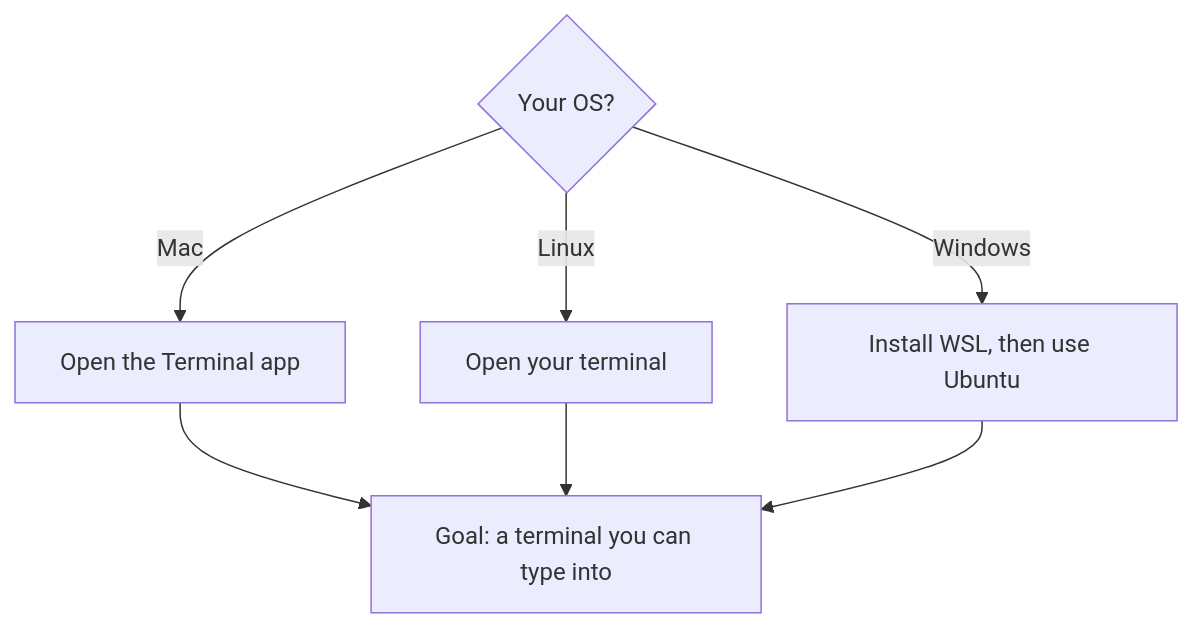
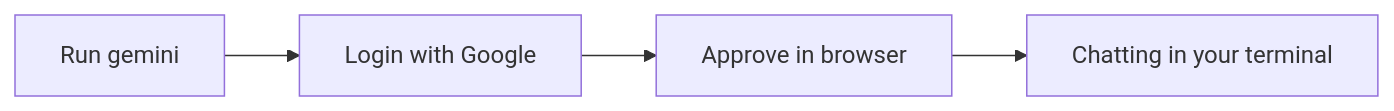
Before and after one commit to KakkoiDev/izumo-io: the diagram in content/ai/a02.md, drawn with Mermaid. The commit also changed other lines of this file and 256 other files, not shown here.

First line of the commit message:
Restructure AI course to 8 lessons; fix mermaid font clipping

````diff
--- a/content/ai/a02.md
+++ b/content/ai/a02.md
@@ -19,9 +50,6 @@
 ```mermaid
-flowchart TD
-    Q{Your OS?} -->|Mac| M[Open the Terminal app]
-    Q -->|Linux| L[Open your terminal]
-    Q -->|Windows| W[Install WSL, then use Ubuntu]
-    M --> Same[Goal: a terminal you can type into]
-    L --> Same
-    W --> Same
+flowchart LR
+    A[Run gemini] --> B[Login with Google]
+    B --> C[Approve in browser]
+    C --> D[Chatting in your terminal]
 ```
````
